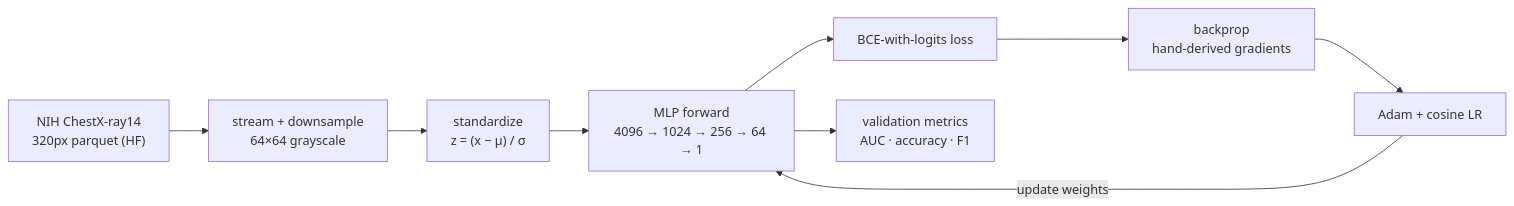
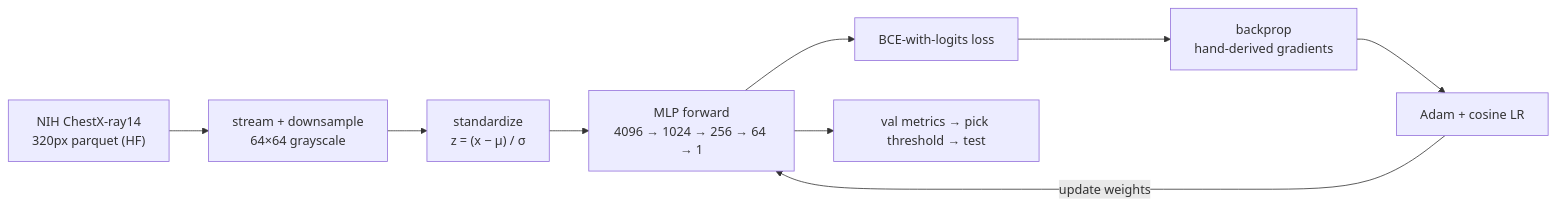
Before and after one commit to arudaev/chexvision-mini: the diagram in README.md, drawn with Mermaid. The commit also changed other lines of this file and 1 other file, not shown here.

````diff
--- a/README.md
+++ b/README.md
@@ -15,11 +18,11 @@
 ```mermaid
 flowchart LR
   A["NIH ChestX-ray14<br/>320px parquet (HF)"] --> B["stream + downsample<br/>64×64 grayscale"]
   B --> C["standardize<br/>z = (x − μ) / σ"]
   C --> D["MLP forward<br/>4096 → 1024 → 256 → 64 → 1"]
   D --> E["BCE-with-logits loss"]
   E --> F["backprop<br/>hand-derived gradients"]
   F --> G["Adam + cosine LR"]
   G -->|update weights| D
-  D --> H["validation metrics<br/>AUC · accuracy · F1"]
+  D --> H["val metrics → pick threshold → test"]
 ```
````
